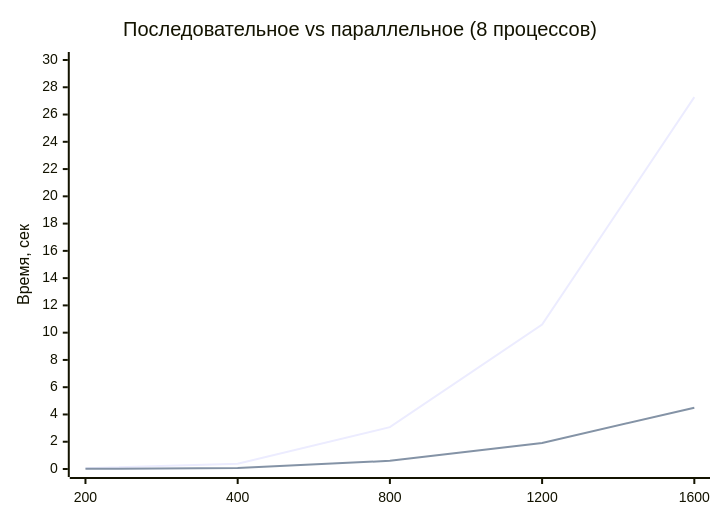
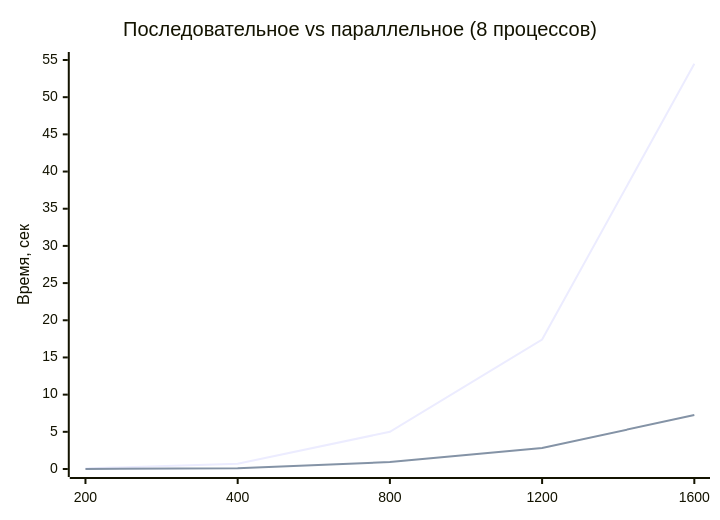
Before and after one commit to sanek4338/Parallelnoe_Programming: the fourth of 5 diagrams in README.md, drawn with Mermaid. The commit also changed other lines of this file and 1 other file, not shown here.

````diff
--- a/README.md
+++ b/README.md
@@ -156,8 +117,8 @@
 ```mermaid
 xychart-beta
     title "Последовательное vs параллельное (8 процессов)"
     x-axis [200, 400, 800, 1200, 1600]
-    y-axis "Время, сек" 0 --> 30
-    line "1 процесс" [0.051636, 0.389792, 3.069811, 10.594333, 27.276575]
-    line "8 процессов" [0.010757, 0.079563, 0.598396, 1.904268, 4.496802]
+    y-axis "Время, сек" 0 --> 55
+    line "1 процесс" [0.0822348, 0.6928440, 5.0087800, 17.4047000, 54.4905000]
+    line "8 процессов" [0.0109520, 0.0936665, 0.9304190, 2.8259900, 7.2509100]
 ```
````
